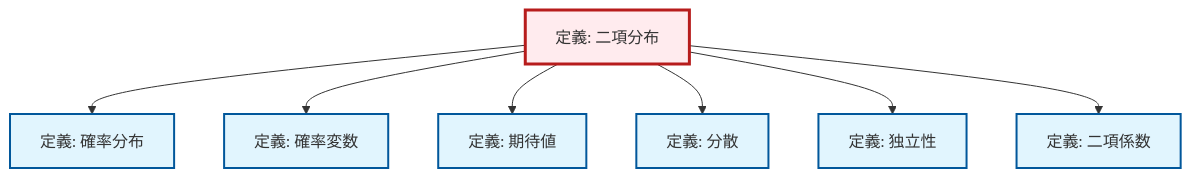
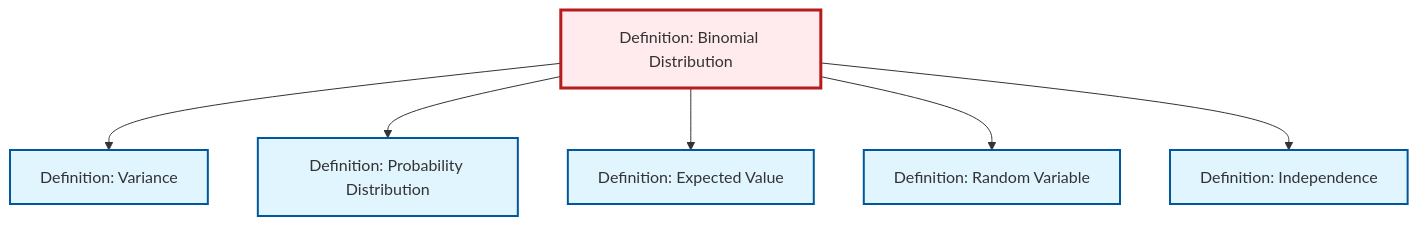
One commit to RK0429/ModernMath changed the diagram in content/ja/probability-statistics/def-binomial-distribution.qmd. Above: the diagram before and after it, drawn with Mermaid. The commit also changed other lines of this file and 654 other files, not shown here.

````diff
--- a/content/ja/probability-statistics/def-binomial-distribution.qmd
+++ b/content/ja/probability-statistics/def-binomial-distribution.qmd
@@ -127,23 +127,26 @@
 ```{mermaid}
-%%| fig-cap: "局所依存関係グラフ"
+%%| fig-cap: "Local dependency graph"
 graph TD
     classDef definition fill:#e1f5fe,stroke:#01579b,stroke-width:2px
     classDef theorem fill:#f3e5f5,stroke:#4a148c,stroke-width:2px
     classDef axiom fill:#fff3e0,stroke:#e65100,stroke-width:2px
     classDef example fill:#e8f5e9,stroke:#1b5e20,stroke-width:2px
     classDef current fill:#ffebee,stroke:#b71c1c,stroke-width:3px
-    def-binomial-distribution["定義: 二項分布"]:::definition
-    def-probability-distribution["定義: 確率分布"]:::definition
-    def-random-variable["定義: 確率変数"]:::definition
-    def-expectation["定義: 期待値"]:::definition
-    def-variance["定義: 分散"]:::definition
-    def-independence["定義: 独立性"]:::definition
-    def-binomial-coefficient["定義: 二項係数"]:::definition
+    def-binomial-distribution["Definition: Binomial Distribution"]:::definition
+    def-expectation["Definition: Expected Value"]:::definition
+    def-probability-distribution["Definition: Probability Distribution"]:::definition
+    def-variance["Definition: Variance"]:::definition
+    def-random-variable["Definition: Random Variable"]:::definition
+    def-independence["Definition: Independence"]:::definition
+    def-binomial-distribution --> def-variance
     def-binomial-distribution --> def-probability-distribution
+    def-binomial-distribution --> def-expectation
     def-binomial-distribution --> def-random-variable
-    def-binomial-distribution --> def-expectation
-    def-binomial-distribution --> def-variance
     def-binomial-distribution --> def-independence
-    def-binomial-distribution --> def-binomial-coefficient
     class def-binomial-distribution current
+    click def-expectation "def-expectation.html" "Definition: Expected Valueへ"
+    click def-probability-distribution "def-probability-distribution.html" "Definition: Probability Distributionへ"
+    click def-variance "def-variance.html" "Definition: Varianceへ"
+    click def-random-variable "def-random-variable.html" "Definition: Random Variableへ"
+    click def-independence "def-independence.html" "Definition: Independenceへ"
 ```
````
